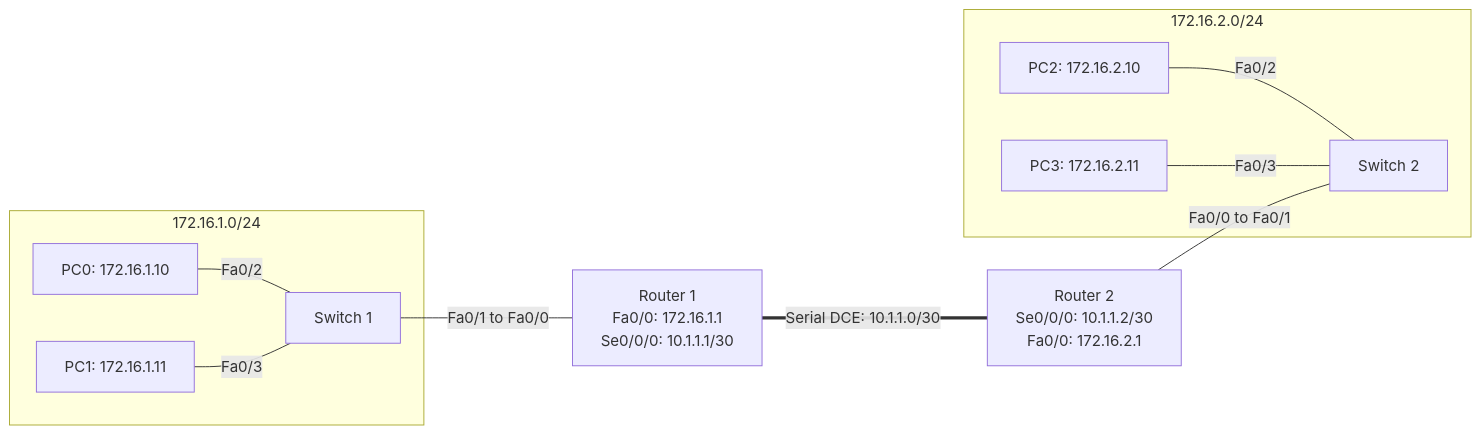
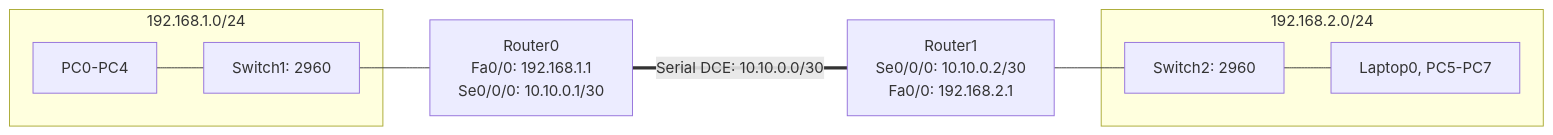
One commit to ertval/deep-in-net changed the seventh of 9 diagrams in README.md. Above: the diagram before and after it, drawn with Mermaid. The commit also changed other lines of this file and 13 other files, not shown here.

````diff
--- a/README.md
+++ b/README.md
@@ -775,14 +701,12 @@
 ```mermaid
 graph LR
-    subgraph Subnet 1 [172.16.1.0/24]
-        PC0[PC0: 172.16.1.10] ---|Fa0/2| SW1[Switch 1]
-        PC1[PC1: 172.16.1.11] ---|Fa0/3| SW1
+    subgraph Subnet 1 [192.168.1.0/24]
+        PCs1[PC0-PC4] --- SW1[Switch1: 2960]
     end
-    subgraph Subnet 2 [172.16.2.0/24]
-        PC2[PC2: 172.16.2.10] ---|Fa0/2| SW2[Switch 2]
-        PC3[PC3: 172.16.2.11] ---|Fa0/3| SW2
+    subgraph Subnet 2 [192.168.2.0/24]
+        SW2[Switch2: 2960] --- PCs2[Laptop0, PC5-PC7]
     end
-    SW1 ---|Fa0/1 to Fa0/0| R1[Router 1<br/>Fa0/0: 172.16.1.1<br/>Se0/0/0: 10.1.1.1/30]
-    R1 ===|Serial DCE: 10.1.1.0/30| R2[Router 2<br/>Se0/0/0: 10.1.1.2/30<br/>Fa0/0: 172.16.2.1]
-    R2 ---|Fa0/0 to Fa0/1| SW2
+    SW1 --- R0[Router0<br/>Fa0/0: 192.168.1.1<br/>Se0/0/0: 10.10.0.1/30]
+    R0 ===|Serial DCE: 10.10.0.0/30| R1[Router1<br/>Se0/0/0: 10.10.0.2/30<br/>Fa0/0: 192.168.2.1]
+    R1 --- SW2
 ```
````
